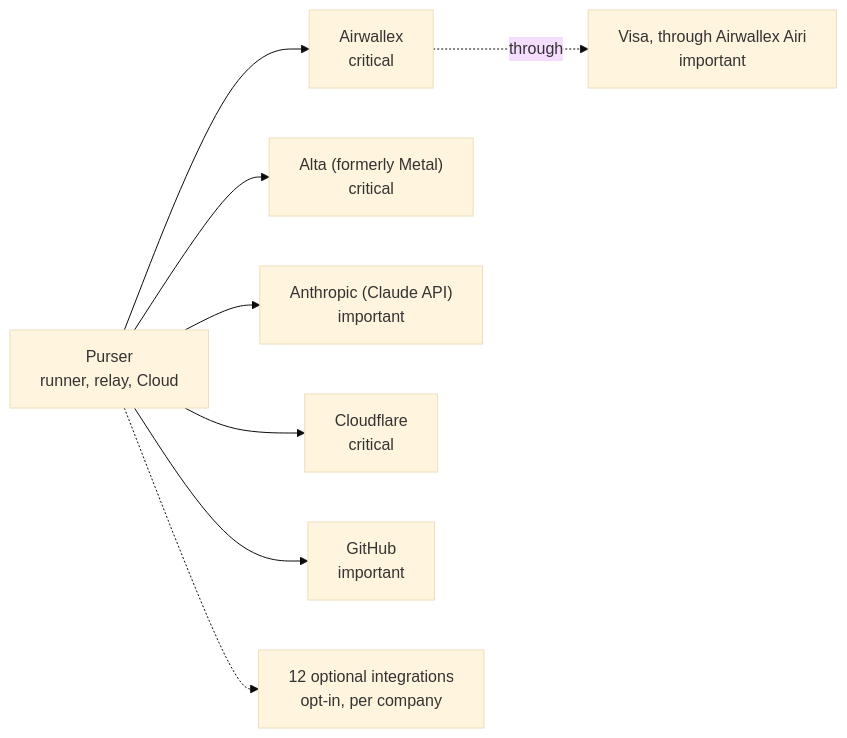
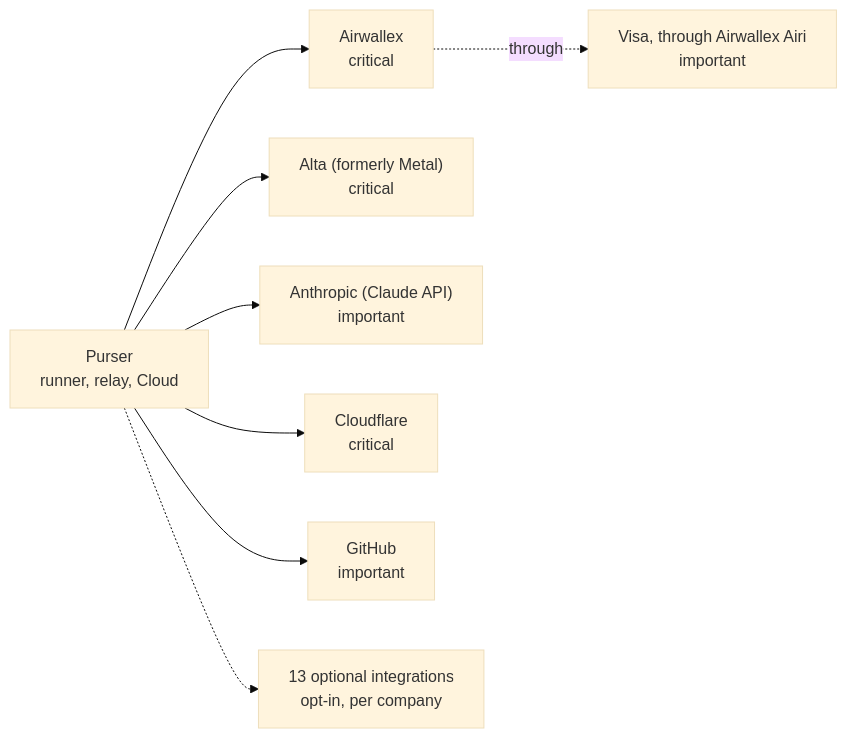
Before and after one commit to agamemnon-coder/x402-business-agents: the diagram in docs/compliance/third-parties.md, drawn with Mermaid (base theme). The commit also changed other lines of this file and 5 other files, not shown here.

First line of the commit message:
Lanes together: Sigstore's Rekor in the third-party register, receivables (R9) in the record of processing, and the README diagram check reads docs/diagrams.md's two among the moved pages' own

````diff
--- a/docs/compliance/third-parties.md
+++ b/docs/compliance/third-parties.md
@@ -27,18 +27,18 @@
 ```mermaid
 flowchart LR
   P["Purser<br/>runner, relay, Cloud"]
   airwallex["Airwallex<br/>critical"]
   P --> airwallex
   visaairi["Visa, through Airwallex Airi<br/>important"]
   airwallex -.->|"through"| visaairi
   alta["Alta (formerly Metal)<br/>critical"]
   P --> alta
   anthropic["Anthropic (Claude API)<br/>important"]
   P --> anthropic
   cloudflare["Cloudflare<br/>critical"]
   P --> cloudflare
   github["GitHub<br/>important"]
   P --> github
-  OPT["12 optional integrations<br/>opt-in, per company"]
+  OPT["13 optional integrations<br/>opt-in, per company"]
   P -.-> OPT
 ```
````
